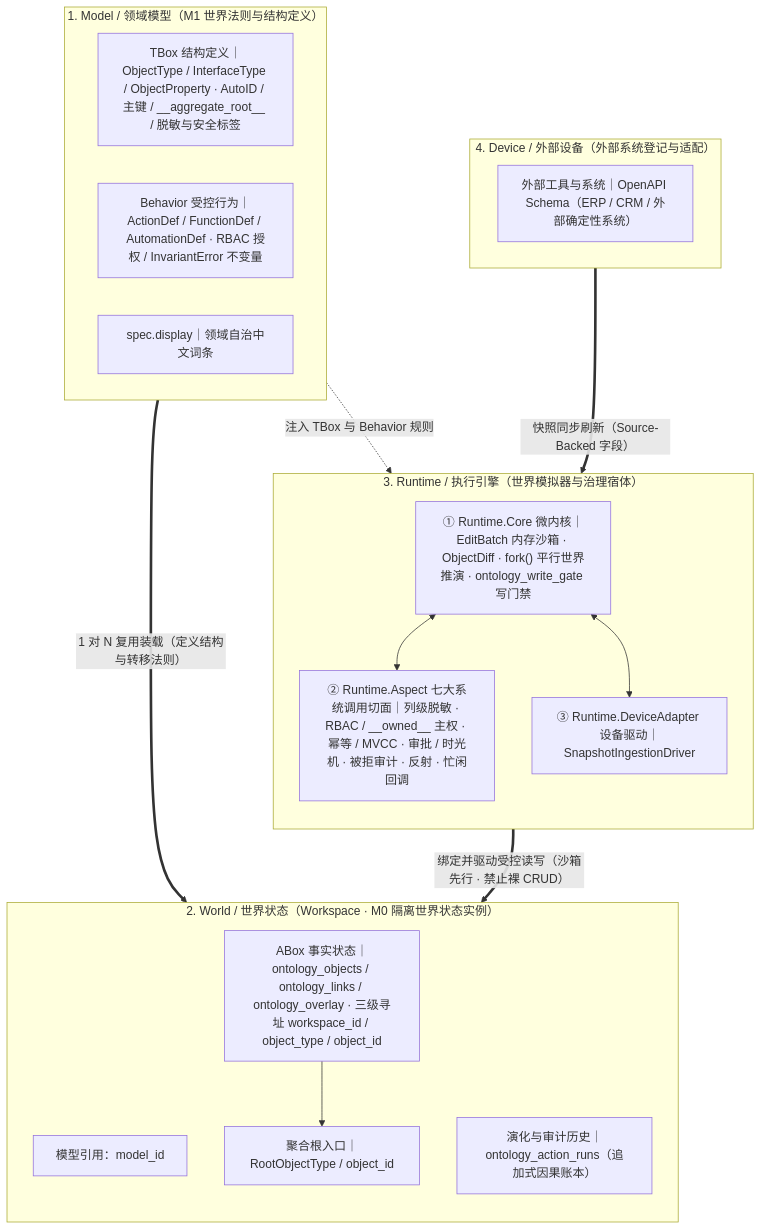
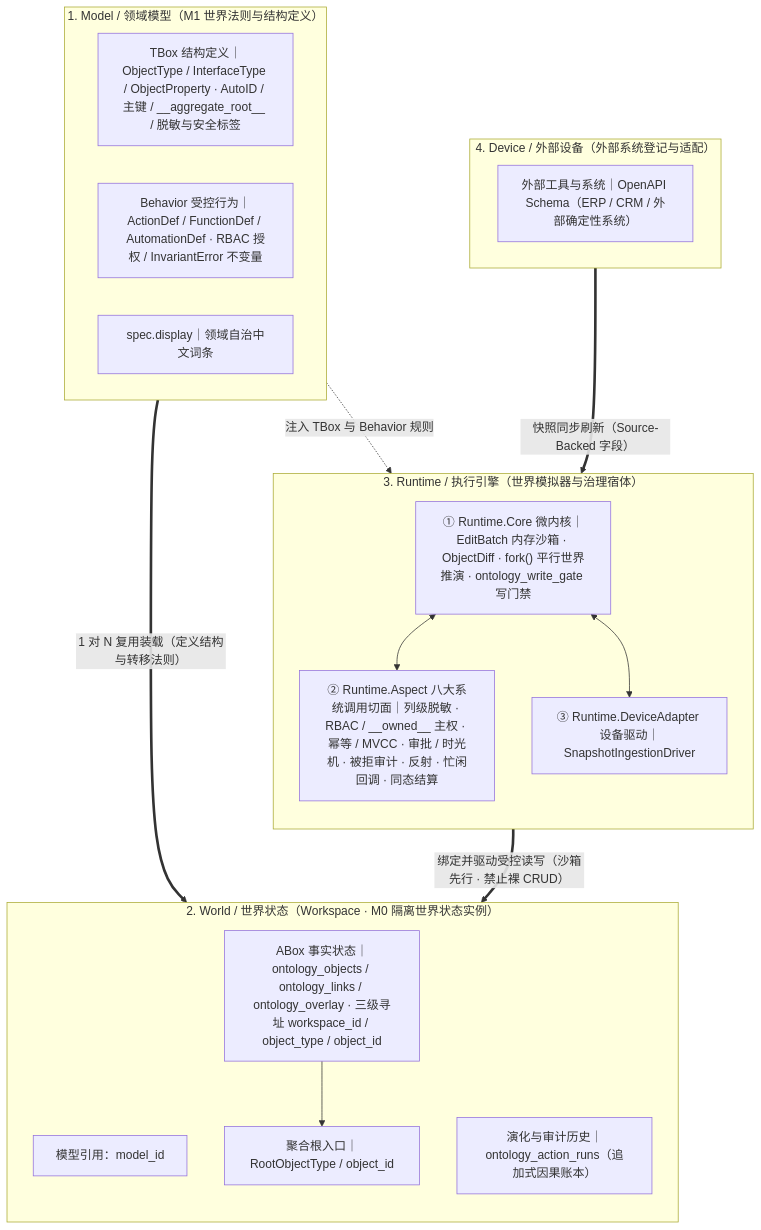
The first of 3 diagrams in docs/ARCHITECTURE.md (guci314/openontology), drawn with Mermaid before and after one commit. The commit also changed other lines of this file and 19 other files, not shown here.

````diff
--- a/docs/ARCHITECTURE.md
+++ b/docs/ARCHITECTURE.md
@@ -22,37 +22,37 @@
 ```mermaid
 flowchart TB
     subgraph MODEL["1. Model / 领域模型（M1 世界法则与结构定义）"]
         direction LR
         TBOX["TBox 结构定义｜ObjectType / InterfaceType / ObjectProperty · AutoID / 主键 / __aggregate_root__ / 脱敏与安全标签"]
         BEHAVIOR["Behavior 受控行为｜ActionDef / FunctionDef / AutomationDef · RBAC 授权 / InvariantError 不变量"]
         DISPLAY["spec.display｜领域自治中文词条"]
     end
 
     subgraph WORLD["2. World / 世界状态（Workspace · M0 隔离世界状态实例）"]
         direction TB
         MODEL_REF["模型引用：model_id"]
         ABOX["ABox 事实状态｜ontology_objects / ontology_links / ontology_overlay · 三级寻址 workspace_id / object_type / object_id"]
         ROOT["聚合根入口｜RootObjectType / object_id"]
         HISTORY["演化与审计历史｜ontology_action_runs（追加式因果账本）"]
         ABOX --> ROOT
     end
 
     subgraph RUNTIME["3. Runtime / 执行引擎（世界模拟器与治理宿体）"]
         direction TB
         CORE["① Runtime.Core 微内核｜EditBatch 内存沙箱 · ObjectDiff · fork() 平行世界推演 · ontology_write_gate 写门禁"]
-        ASPECT["② Runtime.Aspect 七大系统调用切面｜列级脱敏 · RBAC / __owned__ 主权 · 幂等 / MVCC · 审批 / 时光机 · 被拒审计 · 反射 · 忙闲回调"]
+        ASPECT["② Runtime.Aspect 八大系统调用切面｜列级脱敏 · RBAC / __owned__ 主权 · 幂等 / MVCC · 审批 / 时光机 · 被拒审计 · 反射 · 忙闲回调 · 同态结算"]
         ADAPTER["③ Runtime.DeviceAdapter 设备驱动｜SnapshotIngestionDriver"]
         CORE <--> ASPECT
         CORE <--> ADAPTER
     end
 
     subgraph DEVICE["4. Device / 外部设备（外部系统登记与适配）"]
         direction LR
         SYMBOLIC["外部工具与系统｜OpenAPI Schema（ERP / CRM / 外部确定性系统）"]
     end
 
     MODEL ==>|"1 对 N 复用装载（定义结构与转移法则）"| WORLD
     MODEL -.->|"注入 TBox 与 Behavior 规则"| CORE
     RUNTIME ==>|"绑定并驱动受控读写（沙箱先行 · 禁止裸 CRUD）"| WORLD
     SYMBOLIC ==>|"快照同步刷新（Source-Backed 字段）"| ADAPTER
 ```
````
